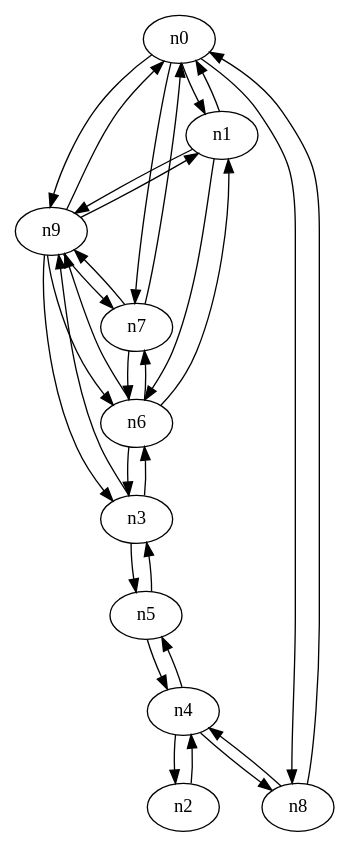
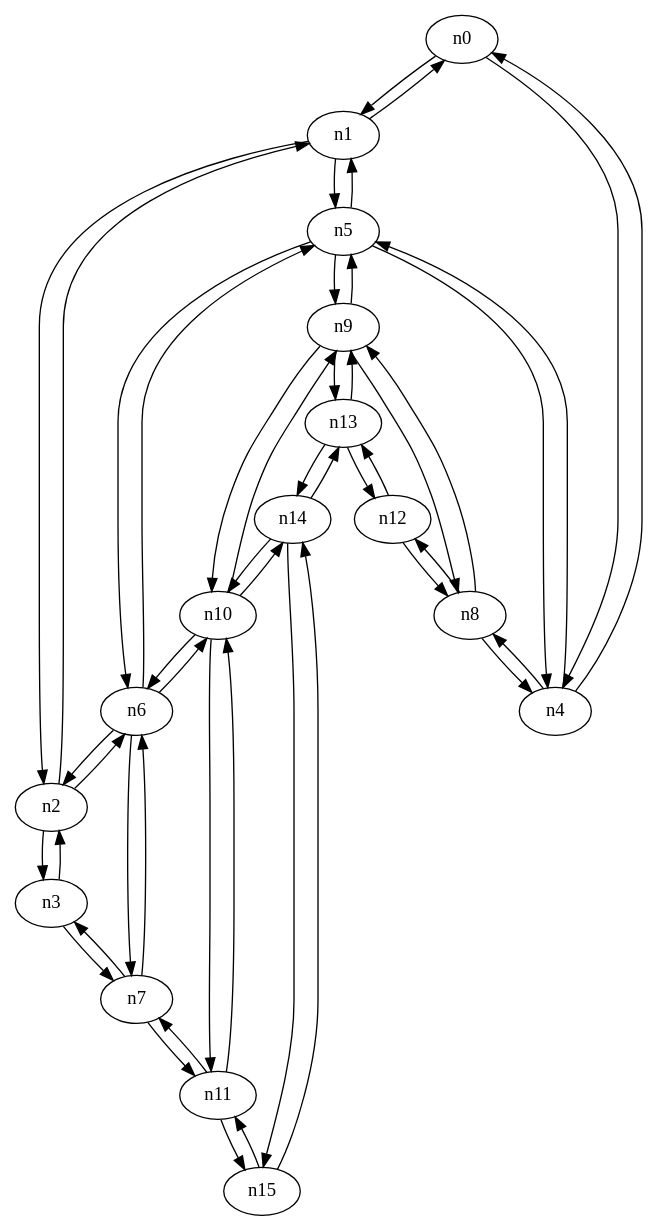
One commit to ljuboraicevic/KULTaxi changed the diagram in maps/test.dot. Above: the diagram before and after it, drawn with Graphviz. The commit also changed 2 other files, not shown here.

Commit message:
Remade graph generation to create a grid instead of a random graph.

```diff
--- a/maps/test.dot
+++ b/maps/test.dot
@@ -1,42 +1,66 @@
 digraph mapgraph {
-n0[p="2293.8,583.9"]
-n1[p="1910.3,1607.5"]
-n2[p="1556.6,359.2"]
-n3[p="770.5,2952.7"]
-n4[p="962.3,2946.7"]
-n5[p="2882.4,1288.3"]
-n6[p="753.9,2503.9"]
-n7[p="2913.5,2631.1"]
-n8[p="2100.5,2481.8"]
-n9[p="707.5,2134.7"]
+n0[p="0.0,0.0"]
+n1[p="0.0,750.0"]
+n2[p="0.0,1500.0"]
+n3[p="0.0,2250.0"]
+n4[p="750.0,0.0"]
+n5[p="750.0,750.0"]
+n6[p="750.0,1500.0"]
+n7[p="750.0,2250.0"]
+n8[p="1500.0,0.0"]
+n9[p="1500.0,750.0"]
+n10[p="1500.0,1500.0"]
+n11[p="1500.0,2250.0"]
+n12[p="2250.0,0.0"]
+n13[p="2250.0,750.0"]
+n14[p="2250.0,1500.0"]
+n15[p="2250.0,2250.0"]
+n0 -> n4[d="300.0"]
+n4 -> n0[d="300.0"]
 n0 -> n1[d="300.0"]
 n1 -> n0[d="300.0"]
-n0 -> n7[d="300.0"]
-n7 -> n0[d="300.0"]
-n0 -> n8[d="300.0"]
-n8 -> n0[d="300.0"]
-n0 -> n9[d="300.0"]
-n9 -> n0[d="300.0"]
-n1 -> n6[d="300.0"]
-n6 -> n1[d="300.0"]
-n1 -> n9[d="300.0"]
-n9 -> n1[d="300.0"]
-n2 -> n4[d="300.0"]
-n4 -> n2[d="300.0"]
-n3 -> n5[d="300.0"]
-n5 -> n3[d="300.0"]
-n3 -> n6[d="300.0"]
-n6 -> n3[d="300.0"]
-n3 -> n9[d="300.0"]
-n9 -> n3[d="300.0"]
+n1 -> n5[d="300.0"]
+n5 -> n1[d="300.0"]
+n1 -> n2[d="300.0"]
+n2 -> n1[d="300.0"]
+n2 -> n6[d="300.0"]
+n6 -> n2[d="300.0"]
+n2 -> n3[d="300.0"]
+n3 -> n2[d="300.0"]
+n3 -> n7[d="300.0"]
+n7 -> n3[d="300.0"]
+n4 -> n8[d="300.0"]
+n8 -> n4[d="300.0"]
 n4 -> n5[d="300.0"]
 n5 -> n4[d="300.0"]
-n4 -> n8[d="300.0"]
-n8 -> n4[d="300.0"]
+n5 -> n9[d="300.0"]
+n9 -> n5[d="300.0"]
+n5 -> n6[d="300.0"]
+n6 -> n5[d="300.0"]
+n6 -> n10[d="300.0"]
+n10 -> n6[d="300.0"]
 n6 -> n7[d="300.0"]
 n7 -> n6[d="300.0"]
-n6 -> n9[d="300.0"]
-n9 -> n6[d="300.0"]
-n7 -> n9[d="300.0"]
-n9 -> n7[d="300.0"]
+n7 -> n11[d="300.0"]
+n11 -> n7[d="300.0"]
+n8 -> n12[d="300.0"]
+n12 -> n8[d="300.0"]
+n8 -> n9[d="300.0"]
+n9 -> n8[d="300.0"]
+n9 -> n13[d="300.0"]
+n13 -> n9[d="300.0"]
+n9 -> n10[d="300.0"]
+n10 -> n9[d="300.0"]
+n10 -> n14[d="300.0"]
+n14 -> n10[d="300.0"]
+n10 -> n11[d="300.0"]
+n11 -> n10[d="300.0"]
+n11 -> n15[d="300.0"]
+n15 -> n11[d="300.0"]
+n12 -> n13[d="300.0"]
+n13 -> n12[d="300.0"]
+n13 -> n14[d="300.0"]
+n14 -> n13[d="300.0"]
+n14 -> n15[d="300.0"]
+n15 -> n14[d="300.0"]
 }
```
